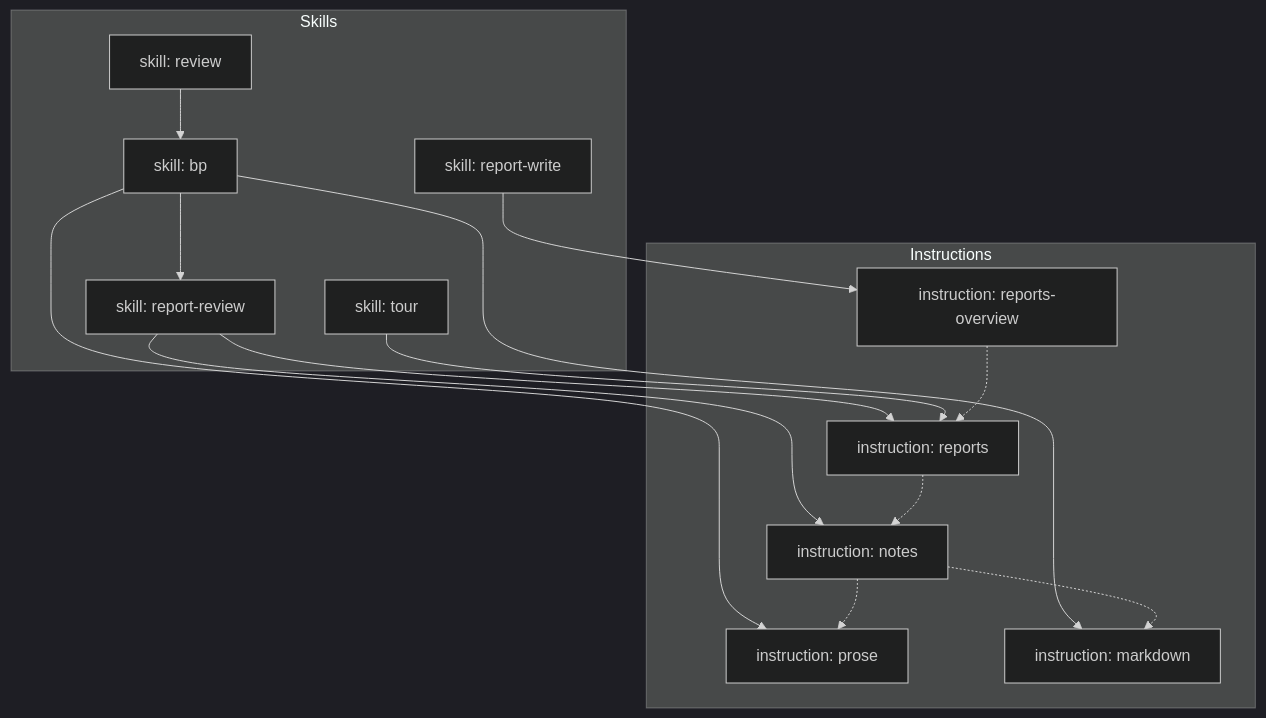
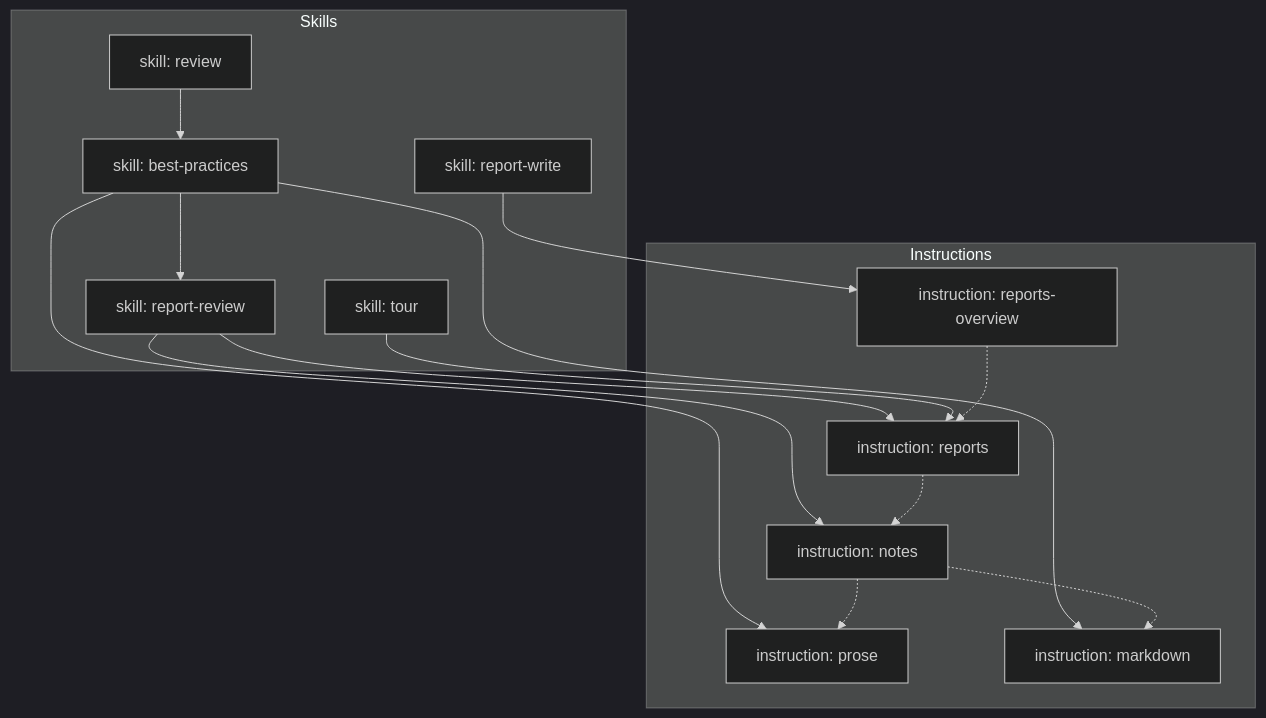
The diagram in README.md (SavenkovIgor/railing), drawn with Mermaid (dark theme) before and after one commit. The commit also changed other lines of this file and 22 other files, not shown here.

````diff
--- a/README.md
+++ b/README.md
@@ -67,31 +67,31 @@
 ```mermaid
 flowchart TD
     subgraph SK["Skills"]
-        BP["skill: bp"]
+        BP["skill: best-practices"]
         RR["skill: report-review"]
         RW["skill: report-write"]
         RV["skill: review"]
         TR["skill: tour"]
     end
 
     subgraph IN["Instructions"]
         NT["instruction: notes"]
         REP["instruction: reports"]
         RO["instruction: reports-overview"]
         PR["instruction: prose"]
         MD["instruction: markdown"]
     end
 
     BP --> RR
     RV --> BP
     BP --> PR
     BP --> MD
     RR --> NT
     RR --> REP
     RW --> RO
     TR --> REP
     RO -.-> REP
     REP -.-> NT
     NT -.-> PR
     NT -.-> MD
 ```
````
